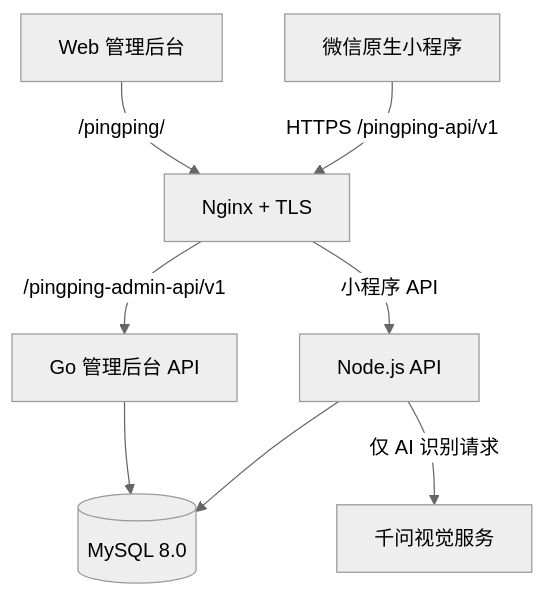
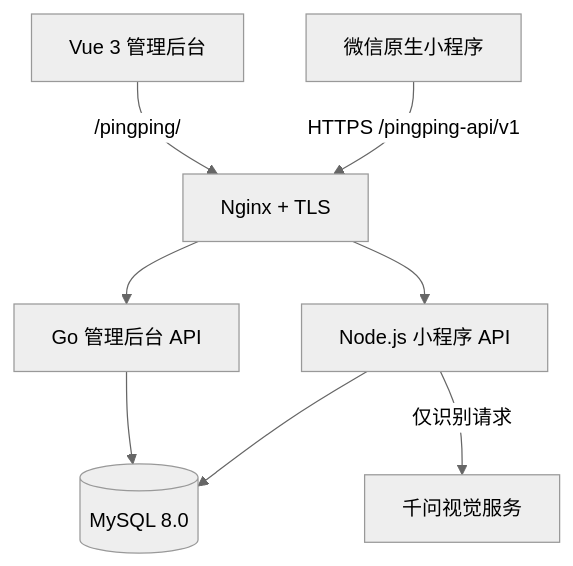
The diagram in README.md (shanshanwink-bit/pingping-assistant), drawn with Mermaid (neutral theme) before and after one commit. The commit also changed other lines of this file and 49 other files, not shown here.

````diff
--- a/README.md
+++ b/README.md
@@ -131,10 +70,10 @@
 ```mermaid
 flowchart TB
     Mini[微信原生小程序] -->|HTTPS /pingping-api/v1| Nginx[Nginx + TLS]
-    Browser[Web 管理后台] -->|/pingping/| Nginx
-    Nginx -->|小程序 API| Node[Node.js API]
-    Nginx -->|/pingping-admin-api/v1| Go[Go 管理后台 API]
+    Browser[Vue 3 管理后台] -->|/pingping/| Nginx
+    Nginx --> Node[Node.js 小程序 API]
+    Nginx --> Go[Go 管理后台 API]
     Node --> MySQL[(MySQL 8.0)]
     Go --> MySQL
-    Node -->|仅 AI 识别请求| Qwen[千问视觉服务]
+    Node -->|仅识别请求| Qwen[千问视觉服务]
 ```
````
